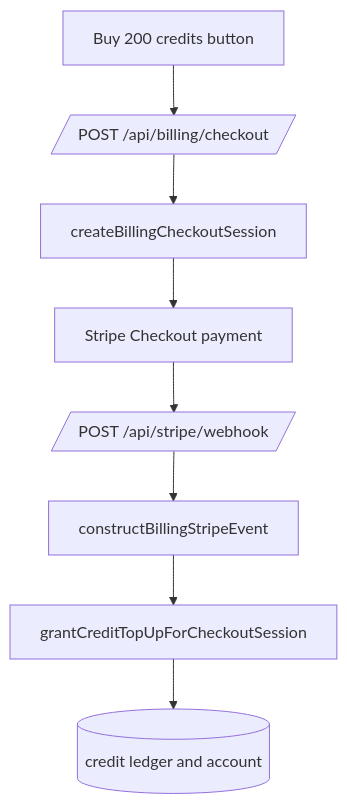
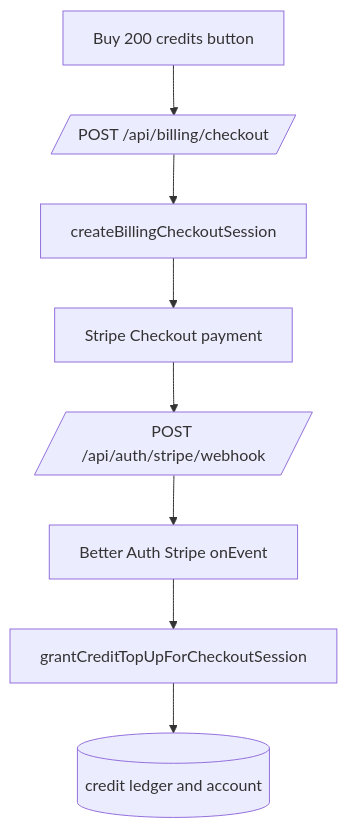
The second of 2 diagrams in docs/adapters/billing.md (shivamrun/mirage), drawn with Mermaid before and after one commit. The commit also changed other lines of this file and 19 other files, not shown here.

Commit message:
feat(billing): consolidate Stripe webhook handling

````diff
--- a/docs/adapters/billing.md
+++ b/docs/adapters/billing.md
@@ -38,13 +40,13 @@
 ```mermaid
 flowchart TD
   topupButton[Buy 200 credits button]
   api[/POST /api/billing/checkout/]
   customCheckout[createBillingCheckoutSession]
   stripePayment[Stripe Checkout payment]
-  webhook[/POST /api/stripe/webhook/]
-  verify[constructBillingStripeEvent]
+  webhook[/POST /api/auth/stripe/webhook/]
+  onEvent[Better Auth Stripe onEvent]
   grant[grantCreditTopUpForCheckoutSession]
   ledger[(credit ledger and account)]
 
-  topupButton --> api --> customCheckout --> stripePayment --> webhook --> verify --> grant --> ledger
+  topupButton --> api --> customCheckout --> stripePayment --> webhook --> onEvent --> grant --> ledger
 ```
````
